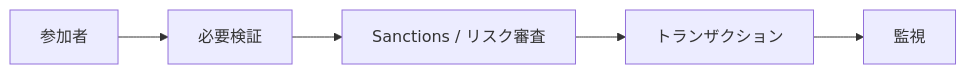
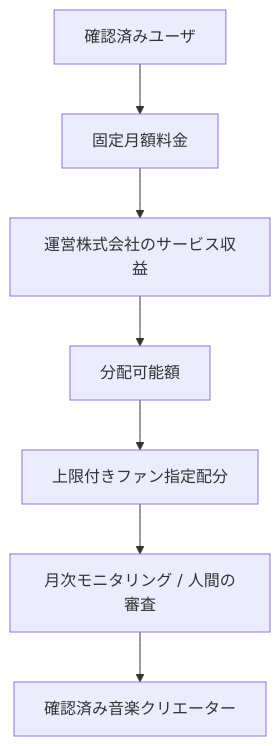
Before and after one commit to ShigeichiroYamasaki/creator-first-platform: diagram 31 of 46 in docs/whitepaper/11-legal-sto-tax.md, drawn with Mermaid. The commit also changed other lines of this file and 9 other files, not shown here.

````diff
--- a/docs/whitepaper/11-legal-sto-tax.md
+++ b/docs/whitepaper/11-legal-sto-tax.md
@@ -910,10 +914,12 @@
 ```mermaid
-flowchart LR
-    USER[参加者]
-    VERIFY[必要検証]
-    SCREEN[Sanctions / リスク審査]
-    TX[トランザクション]
-    MON[監視]
+flowchart TD
+    USER[確認済みユーザ]
+    FEE[固定月額料金]
+    CORP[運営株式会社のサービス収益]
+    NET[分配可能額]
+    ALLOC[上限付きファン指定配分]
+    REVIEW[月次モニタリング / 人間の審査]
+    CREATOR[確認済み音楽クリエーター]
 
-    USER --> VERIFY --> SCREEN --> TX --> MON
+    USER --> FEE --> CORP --> NET --> ALLOC --> REVIEW --> CREATOR
 ```
````
